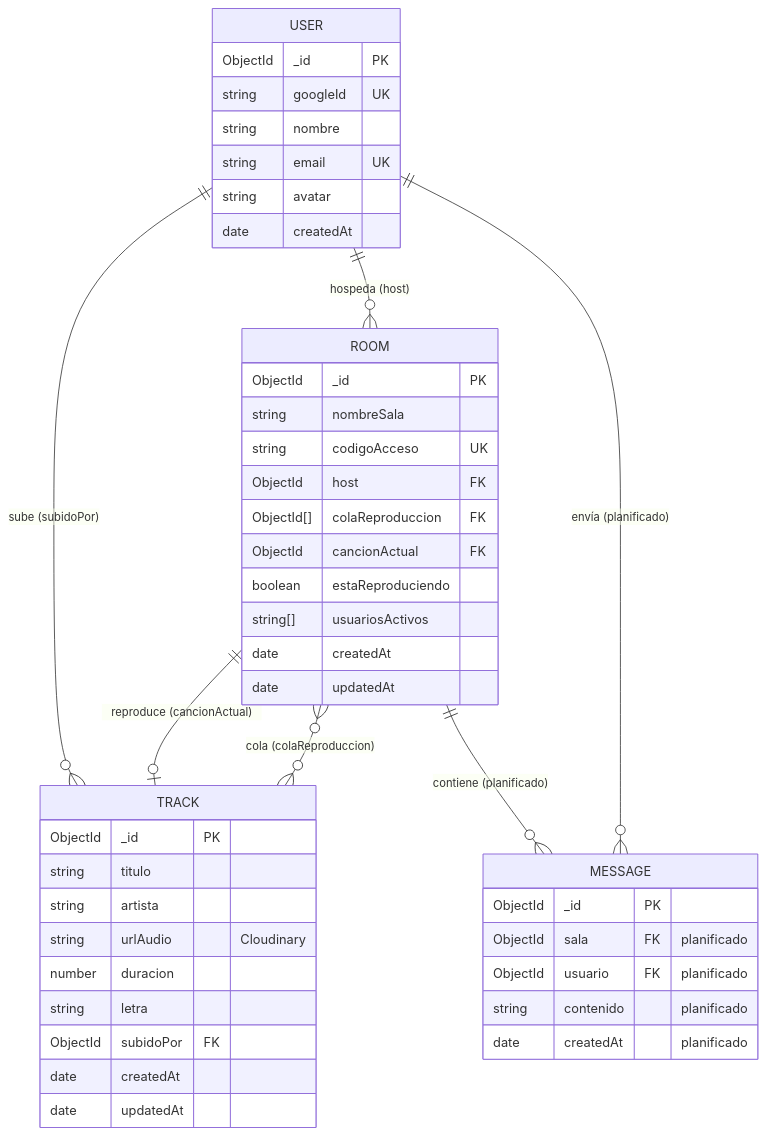
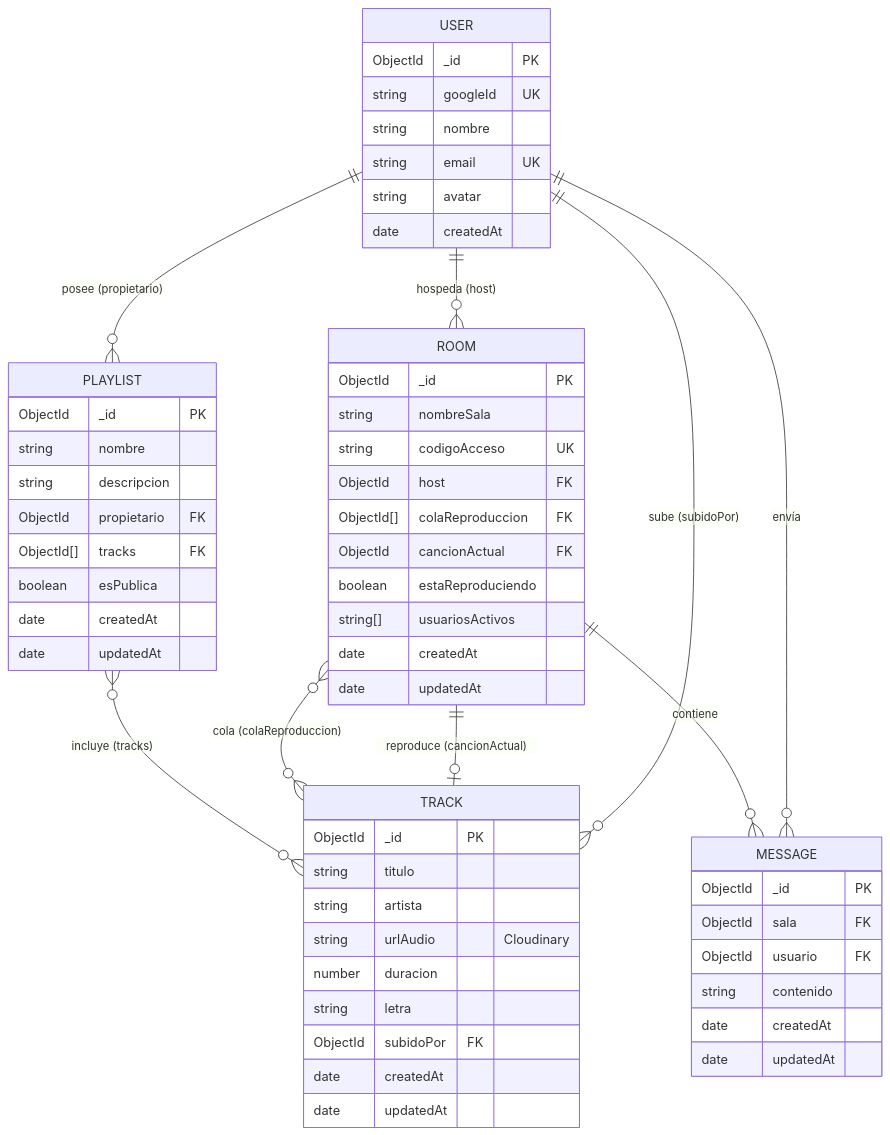
Before and after one commit to g2Ramiro/SonusRoomproject: the diagram in README.md, drawn with Mermaid. The commit also changed other lines of this file and 9 other files, not shown here.

First line of the commit message:
feat: add Message and Playlist entities with CRUD

````diff
--- a/README.md
+++ b/README.md
@@ -177,51 +199,65 @@
 ```mermaid
 erDiagram
     USER ||--o{ TRACK : "sube (subidoPor)"
     USER ||--o{ ROOM : "hospeda (host)"
-    USER ||--o{ MESSAGE : "envía (planificado)"
+    USER ||--o{ MESSAGE : "envía"
+    USER ||--o{ PLAYLIST : "posee (propietario)"
     ROOM ||--o| TRACK : "reproduce (cancionActual)"
     ROOM }o--o{ TRACK : "cola (colaReproduccion)"
-    ROOM ||--o{ MESSAGE : "contiene (planificado)"
+    ROOM ||--o{ MESSAGE : "contiene"
+    PLAYLIST }o--o{ TRACK : "incluye (tracks)"
 
     USER {
         ObjectId _id PK
         string googleId UK
         string nombre
         string email UK
         string avatar
         date createdAt
     }
 
     TRACK {
         ObjectId _id PK
         string titulo
         string artista
         string urlAudio "Cloudinary"
         number duracion
         string letra
         ObjectId subidoPor FK
         date createdAt
         date updatedAt
     }
 
     ROOM {
         ObjectId _id PK
         string nombreSala
         string codigoAcceso UK
         ObjectId host FK
         ObjectId[] colaReproduccion FK
         ObjectId cancionActual FK
         boolean estaReproduciendo
         string[] usuariosActivos
         date createdAt
         date updatedAt
     }
 
     MESSAGE {
         ObjectId _id PK
-        ObjectId sala FK "planificado"
-        ObjectId usuario FK "planificado"
-        string contenido "planificado"
-        date createdAt "planificado"
+        ObjectId sala FK
+        ObjectId usuario FK
+        string contenido
+        date createdAt
+        date updatedAt
+    }
+
+    PLAYLIST {
+        ObjectId _id PK
+        string nombre
+        string descripcion
+        ObjectId propietario FK
+        ObjectId[] tracks FK
+        boolean esPublica
+        date createdAt
+        date updatedAt
     }
 ```
````
